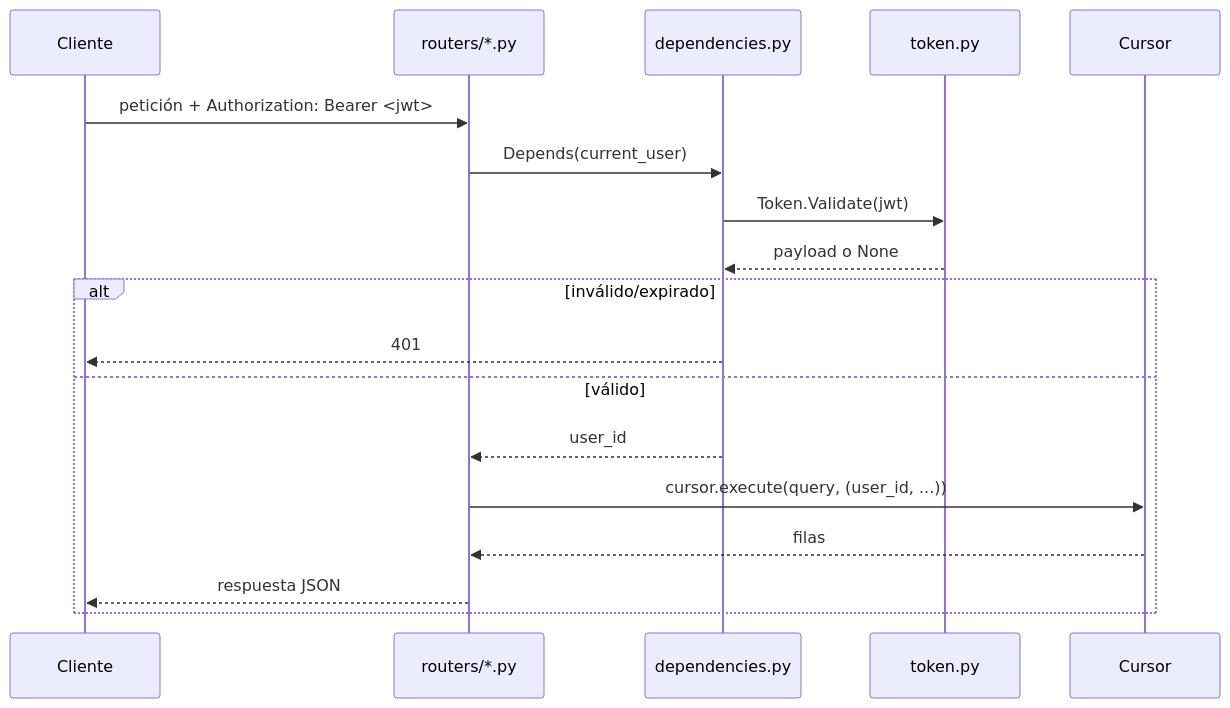
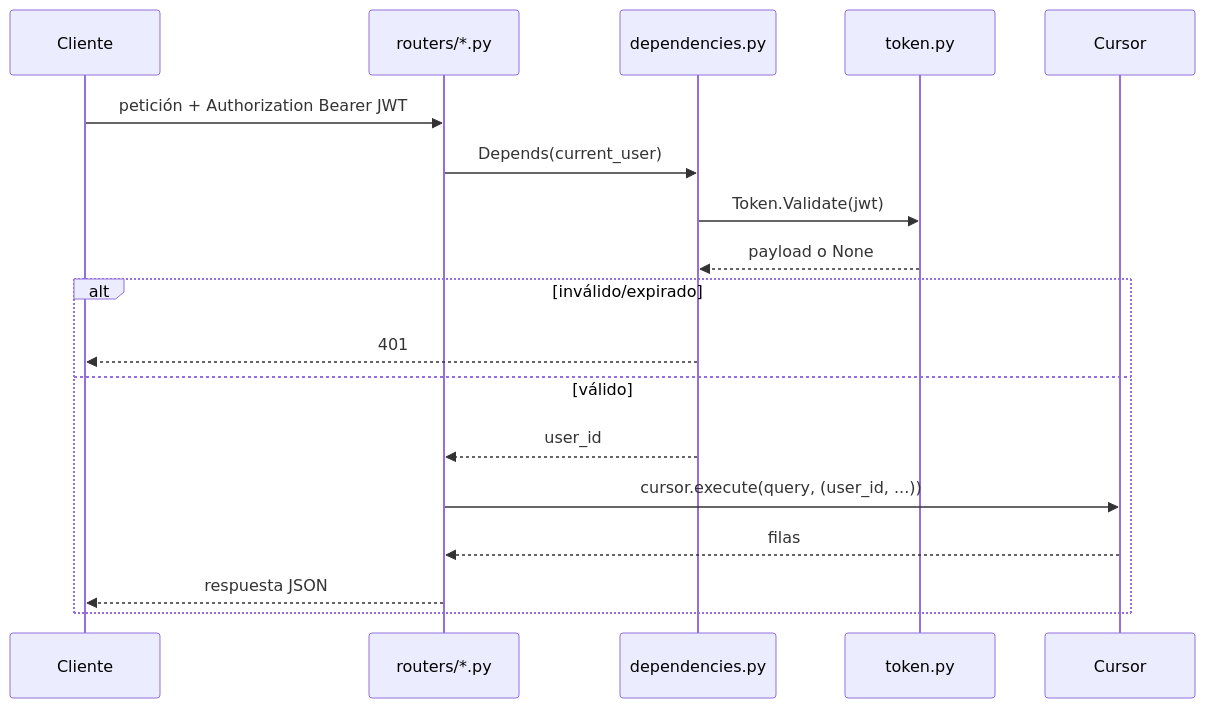
Before and after one commit to skellent/iOS-compiler: the second of 2 diagrams in docs/es/backend/architecture.md, drawn with Mermaid. The commit also changed 9 other files, not shown here.

Commit message:
Mermaid Fix

````diff
--- a/docs/es/backend/architecture.md
+++ b/docs/es/backend/architecture.md
@@ -38,21 +38,21 @@
 ```mermaid
 sequenceDiagram
     participant Cliente
     participant Router as routers/*.py
     participant Dep as dependencies.py
     participant Token as token.py
     participant DB as Cursor
 
-    Cliente->>Router: petición + Authorization: Bearer <jwt>
+    Cliente->>Router: petición + Authorization Bearer JWT
     Router->>Dep: Depends(current_user)
     Dep->>Token: Token.Validate(jwt)
     Token-->>Dep: payload o None
     alt inválido/expirado
         Dep-->>Cliente: 401
     else válido
         Dep-->>Router: user_id
         Router->>DB: cursor.execute(query, (user_id, ...))
         DB-->>Router: filas
         Router-->>Cliente: respuesta JSON
     end
 ```
````
